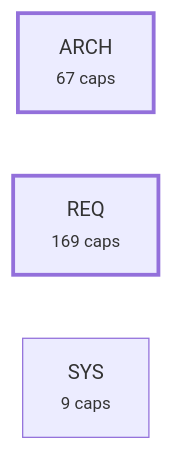
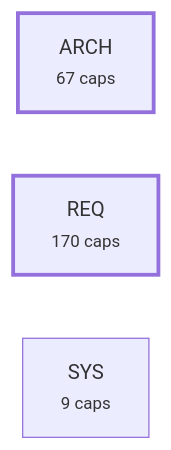
Before and after one commit to alxmax/Requirement-manager: the fourth of 5 diagrams in plugin/requirements/_map.md, drawn with Mermaid. The commit also changed other lines of this file and 16 other files, not shown here.

First line of the commit message:
The Roadmap has two lanes: Bugs and Features (#254)

````diff
--- a/plugin/requirements/_map.md
+++ b/plugin/requirements/_map.md
@@ -987,8 +988,8 @@
 ```mermaid
 graph LR
   a_ARCH["ARCH<br><small>67 caps</small>"]
-  a_REQ["REQ<br><small>169 caps</small>"]
+  a_REQ["REQ<br><small>170 caps</small>"]
   a_SYS["SYS<br><small>9 caps</small>"]
   style a_ARCH stroke-width:3px
   style a_REQ stroke-width:3px
 ```
````
